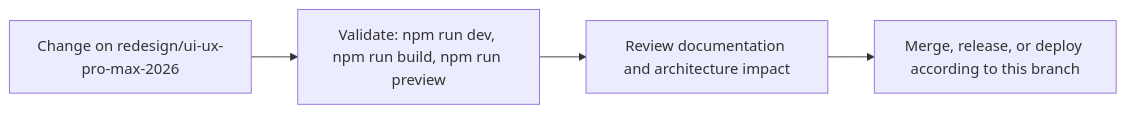
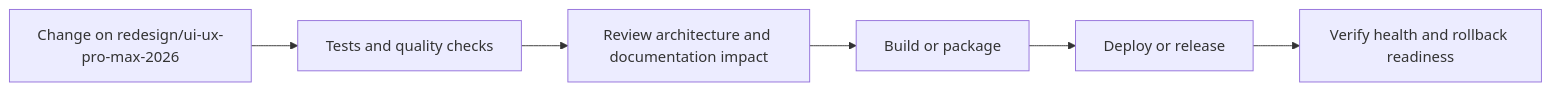
The fourth of 5 diagrams in README.md (Nischhalsubba/nischhalsubba.com.np), drawn with Mermaid before and after one commit. The commit also changed other lines of this file, not shown here.

````diff
--- a/README.md
+++ b/README.md
@@ -77,8 +158,8 @@
 ```mermaid
 flowchart LR
-    CHANGE["Change on redesign/ui-ux-pro-max-2026"]
-    CHECK["Validate: npm run dev, npm run build, npm run preview"]
-    REVIEW["Review documentation and architecture impact"]
-    RELEASE["Merge, release, or deploy according to this branch"]
-    CHANGE --> CHECK --> REVIEW --> RELEASE
+    CHANGE["Change on redesign/ui-ux-pro-max-2026"] --> CHECK["Tests and quality checks"]
+    CHECK --> REVIEW["Review architecture and documentation impact"]
+    REVIEW --> BUILD["Build or package"]
+    BUILD --> DEPLOY["Deploy or release"]
+    DEPLOY --> VERIFY["Verify health and rollback readiness"]
 ```
````
